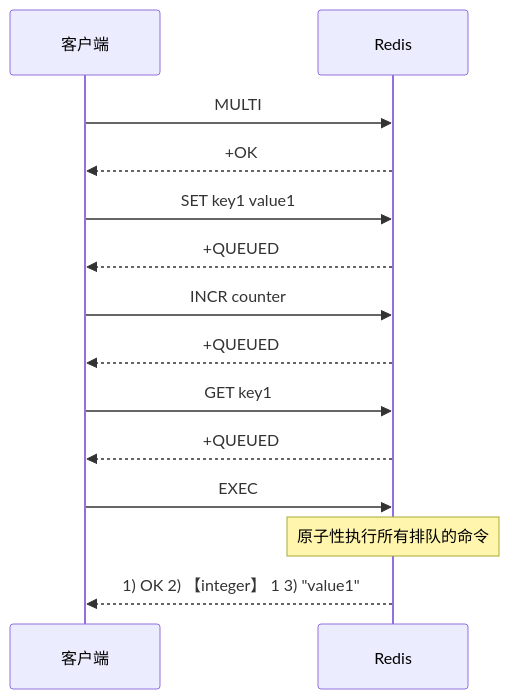
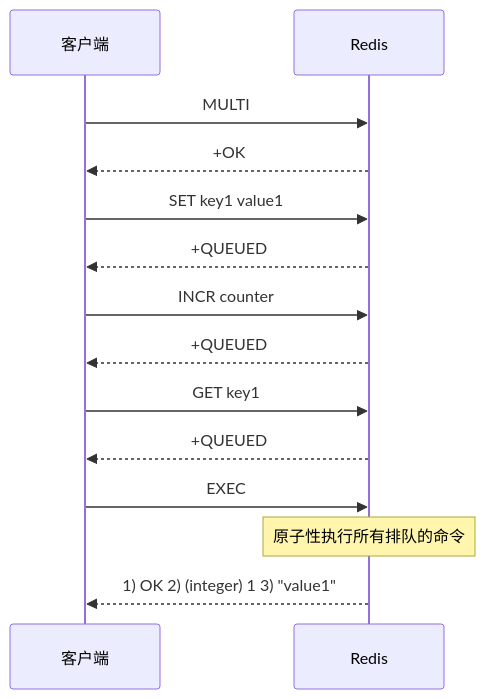
One commit to AH23333/Blog changed diagram 24 of 26 in src/content/philes/volume-1/Java-Backend/Redis深度解析.md. Above: the diagram before and after it, drawn with Mermaid. The commit also changed other lines of this file and 17 other files, not shown here.

Commit message:
修复所有已知bug（mermaid渲染、表格识别），添加错误总结经验，暂时保留测试文件，准备考虑优化性能与重构

````diff
--- a/src/content/philes/volume-1/Java-Backend/Redis深度解析.md
+++ b/src/content/philes/volume-1/Java-Backend/Redis深度解析.md
@@ -1921,21 +1922,21 @@
 ```mermaid
 sequenceDiagram
     participant C as 客户端
     participant R as Redis
 
     C->>R: MULTI
     R-->>C: +OK
 
     C->>R: SET key1 value1
     R-->>C: +QUEUED
 
     C->>R: INCR counter
     R-->>C: +QUEUED
 
     C->>R: GET key1
     R-->>C: +QUEUED
 
     C->>R: EXEC
     Note over R: 原子性执行所有排队的命令
-    R-->>C: 1) OK 2) 【integer】 1 3) "value1"
+    R-->>C: 1) OK 2) (integer) 1 3) "value1"
 ```
````
